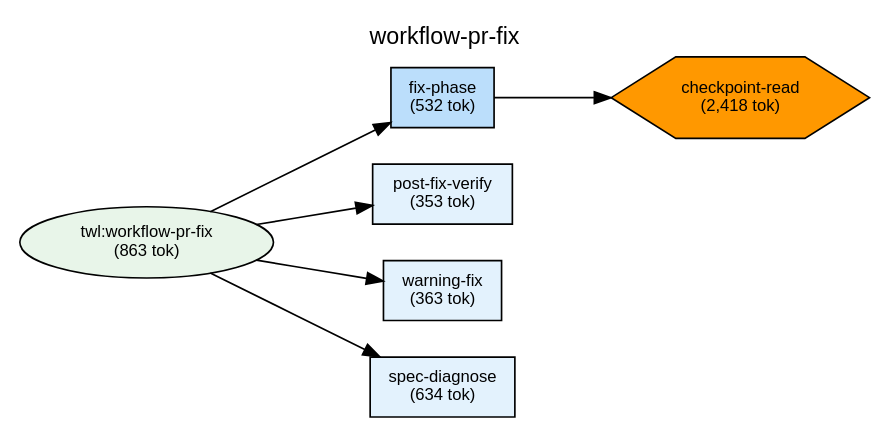
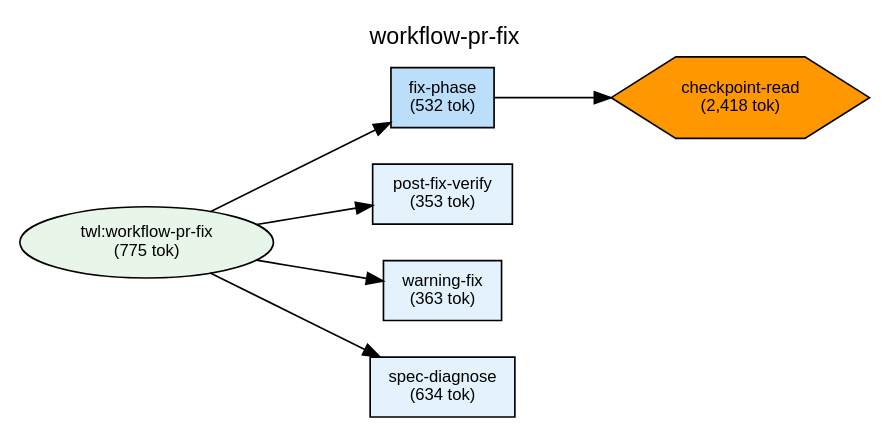
The diagram in plugins/twl/docs/deps-workflow-pr-fix.dot (shuu5/twill), drawn with Graphviz before and after one commit. The commit also changed 21 other files, not shown here.

```diff
--- a/plugins/twl/docs/deps-workflow-pr-fix.dot
+++ b/plugins/twl/docs/deps-workflow-pr-fix.dot
@@ -1,54 +1,54 @@
 digraph Dependencies {
     // Graph settings
     rankdir=LR;
     ranksep=0.8;
     nodesep=0.3;
     fontname="Helvetica";
     node [fontname="Helvetica", fontsize=10];
     edge [fontname="Helvetica", fontsize=9];
     label="workflow-pr-fix";
     labelloc=t;
     fontsize=14;
 
     // L0: Controller Skills
 
     // L0: Launchers
 
     // L0.5: Workflow Skills
-    skill_workflow_pr_fix [label="twl:workflow-pr-fix\n(863 tok)", shape=ellipse, style=filled, fillcolor="#e8f5e9"];
+    skill_workflow_pr_fix [label="twl:workflow-pr-fix\n(775 tok)", shape=ellipse, style=filled, fillcolor="#e8f5e9"];
 
     // Reference Skills
 
     // L1: Direct Commands
     cmd_post_fix_verify [label="post-fix-verify\n(353 tok)", shape=box, style=filled, fillcolor="#e3f2fd"];
     cmd_warning_fix [label="warning-fix\n(363 tok)", shape=box, style=filled, fillcolor="#e3f2fd"];
     cmd_fix_phase [label="fix-phase\n(532 tok)", shape=box, style=filled, fillcolor="#bbdefb"];
     cmd_spec_diagnose [label="spec-diagnose\n(634 tok)", shape=box, style=filled, fillcolor="#e3f2fd"];
 
     // L2: Sub Commands
 
     // L3: Agents
 
     // L3.5: Scripts
     script_checkpoint_read [label="checkpoint-read\n(2,418 tok)", shape=hexagon, style=filled, fillcolor="#FF9800"];
 
     // L4: External
 
     // Layer constraints
     { rank=same; skill_workflow_pr_fix; }
     { rank=same; cmd_post_fix_verify; cmd_warning_fix; cmd_fix_phase; cmd_spec_diagnose; }
     { rank=same; script_checkpoint_read; }
 
     // Edges
     skill_workflow_pr_fix -> cmd_fix_phase;
     skill_workflow_pr_fix -> cmd_post_fix_verify;
     skill_workflow_pr_fix -> cmd_warning_fix;
     skill_workflow_pr_fix -> cmd_spec_diagnose;
     cmd_fix_phase -> script_checkpoint_read;
 
     // Ordering constraints (invisible edges)
     cmd_fix_phase -> cmd_post_fix_verify [style=invis, weight=10];
     cmd_post_fix_verify -> cmd_warning_fix [style=invis, weight=10];
     cmd_warning_fix -> cmd_spec_diagnose [style=invis, weight=10];
 
 }
```
